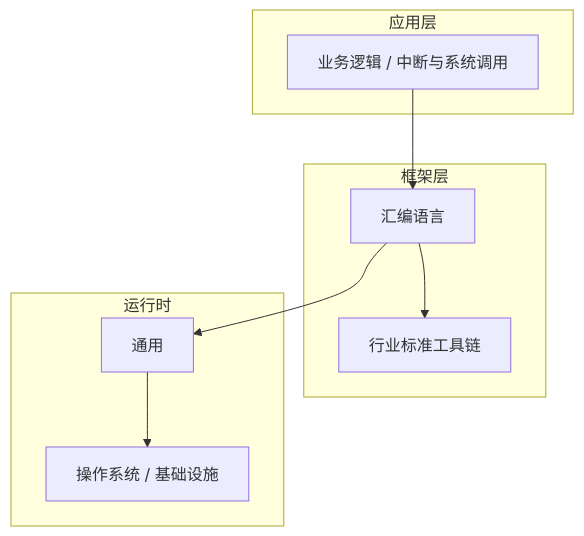
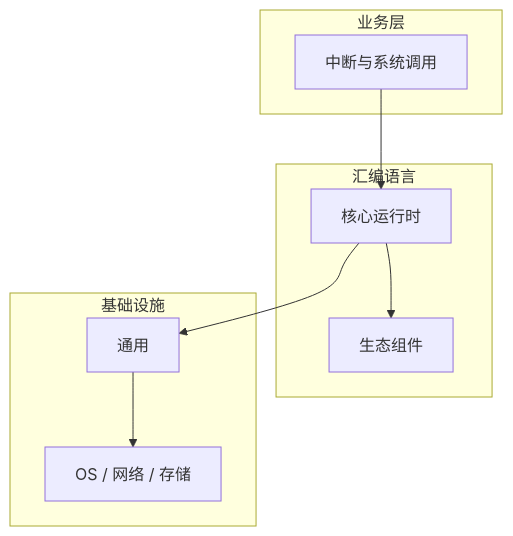
Before and after one commit to yanggan2015/knowledge-json-v2: the diagram in articles/汇编语言/chapters/041-中断与系统调用核心概念与原理.md, drawn with Mermaid. The commit also changed other lines of this file and 10127 other files, not shown here.

````diff
--- a/articles/汇编语言/chapters/041-中断与系统调用核心概念与原理.md
+++ b/articles/汇编语言/chapters/041-中断与系统调用核心概念与原理.md
@@ -45,18 +34,18 @@
 ```mermaid
 graph TB
-    subgraph 应用层
-        A[业务逻辑 / 中断与系统调用]
+    subgraph 业务层
+        A[中断与系统调用]
     end
-    subgraph 框架层
-        B[汇编语言]
-        C[行业标准工具链]
+    subgraph 汇编语言
+        B[核心运行时]
+        C[生态组件]
     end
-    subgraph 运行时
+    subgraph 基础设施
         D[通用]
-        E[操作系统 / 基础设施]
+        E[OS / 网络 / 存储]
     end
     A --> B
     B --> C
     B --> D
     D --> E
 ```
````
